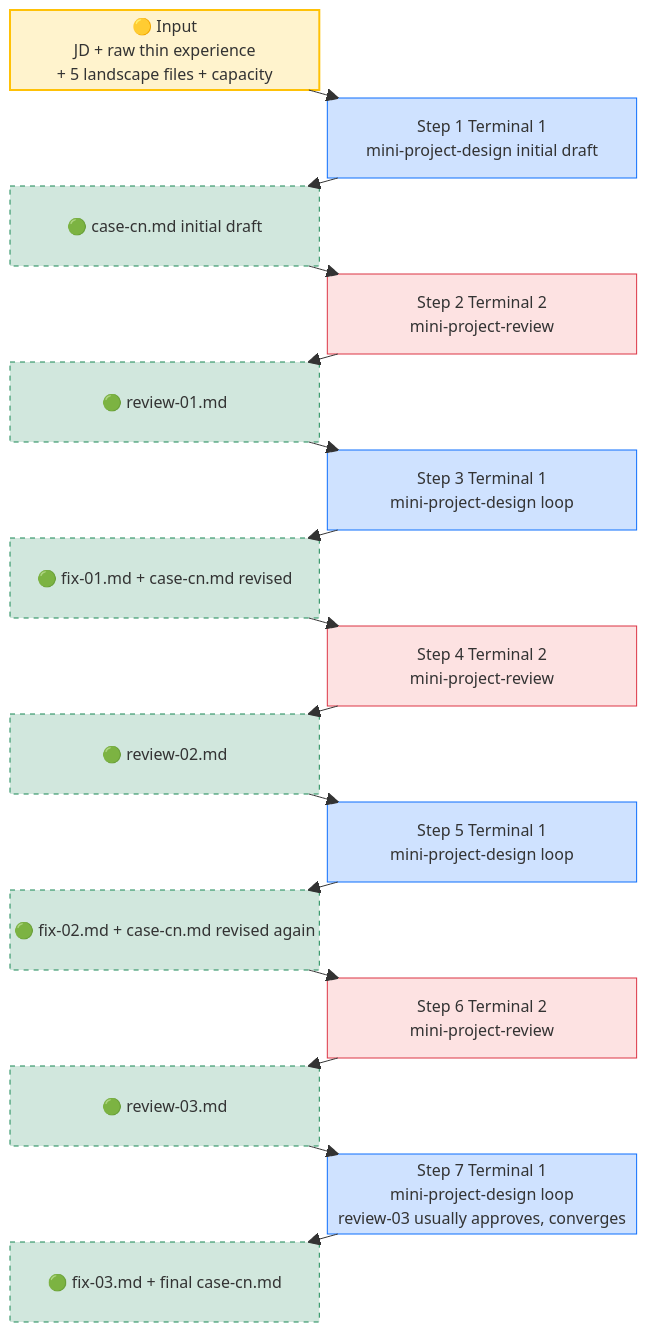
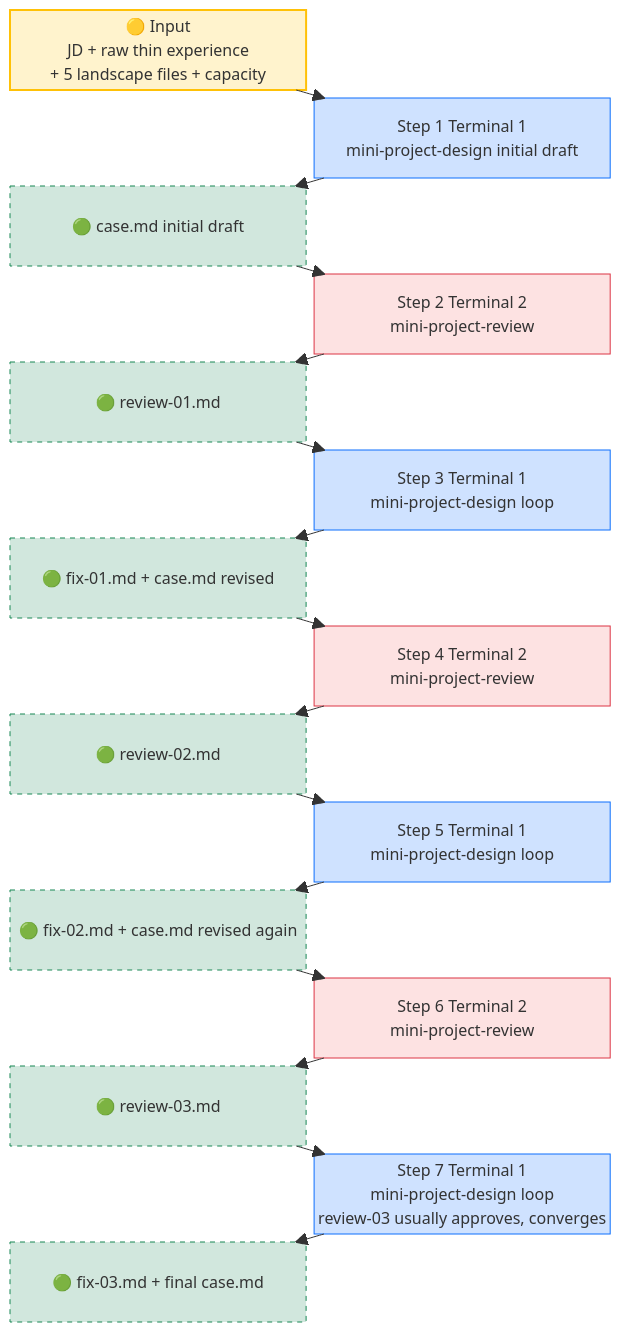
One commit to YingqiangYuan/Resume_Matrix changed the second of 2 diagrams in examples/07-elevate-existing-project/README.md. Above: the diagram before and after it, drawn with Mermaid. The commit also changed other lines of this file and 4 other files, not shown here.

````diff
--- a/examples/07-elevate-existing-project/README.md
+++ b/examples/07-elevate-existing-project/README.md
@@ -205,50 +205,50 @@
 ```mermaid
 block-beta
 columns 2
  IN["🟡 Input<br/>JD + raw thin experience<br/>+ 5 landscape files + capacity"] space
  space S1["Step 1 Terminal 1<br/>mini-project-design initial draft"]
- L1["🟢 case-cn.md initial draft"] space
+ L1["🟢 case.md initial draft"] space
  space S2["Step 2 Terminal 2<br/>mini-project-review"]
  L2["🟢 review-01.md"] space
  space S3["Step 3 Terminal 1<br/>mini-project-design loop"]
- L3["🟢 fix-01.md + case-cn.md revised"] space
+ L3["🟢 fix-01.md + case.md revised"] space
  space S4["Step 4 Terminal 2<br/>mini-project-review"]
  L4["🟢 review-02.md"] space
  space S5["Step 5 Terminal 1<br/>mini-project-design loop"]
- L5["🟢 fix-02.md + case-cn.md revised again"] space
+ L5["🟢 fix-02.md + case.md revised again"] space
  space S6["Step 6 Terminal 2<br/>mini-project-review"]
  L6["🟢 review-03.md"] space
  space S7["Step 7 Terminal 1<br/>mini-project-design loop<br/>review-03 usually approves, converges"]
- L7["🟢 fix-03.md + final case-cn.md"] space
+ L7["🟢 fix-03.md + final case.md"] space
 
  IN --> S1
  S1 --> L1
  L1 --> S2
  S2 --> L2
  L2 --> S3
  S3 --> L3
  L3 --> S4
  S4 --> L4
  L4 --> S5
  S5 --> L5
  L5 --> S6
  S6 --> L6
  L6 --> S7
  S7 --> L7
 
  style IN fill:#fff3cd,stroke:#ffc107,stroke-width:2px
  style L1 fill:#d1e7dd,stroke:#198754,stroke-dasharray: 5 5
  style L2 fill:#d1e7dd,stroke:#198754,stroke-dasharray: 5 5
  style L3 fill:#d1e7dd,stroke:#198754,stroke-dasharray: 5 5
  style L4 fill:#d1e7dd,stroke:#198754,stroke-dasharray: 5 5
  style L5 fill:#d1e7dd,stroke:#198754,stroke-dasharray: 5 5
  style L6 fill:#d1e7dd,stroke:#198754,stroke-dasharray: 5 5
  style L7 fill:#d1e7dd,stroke:#198754,stroke-dasharray: 5 5
  style S1 fill:#cfe2ff,stroke:#0d6efd
  style S2 fill:#fde2e2,stroke:#dc3545
  style S3 fill:#cfe2ff,stroke:#0d6efd
  style S4 fill:#fde2e2,stroke:#dc3545
  style S5 fill:#cfe2ff,stroke:#0d6efd
  style S6 fill:#fde2e2,stroke:#dc3545
  style S7 fill:#cfe2ff,stroke:#0d6efd
 ```
````
